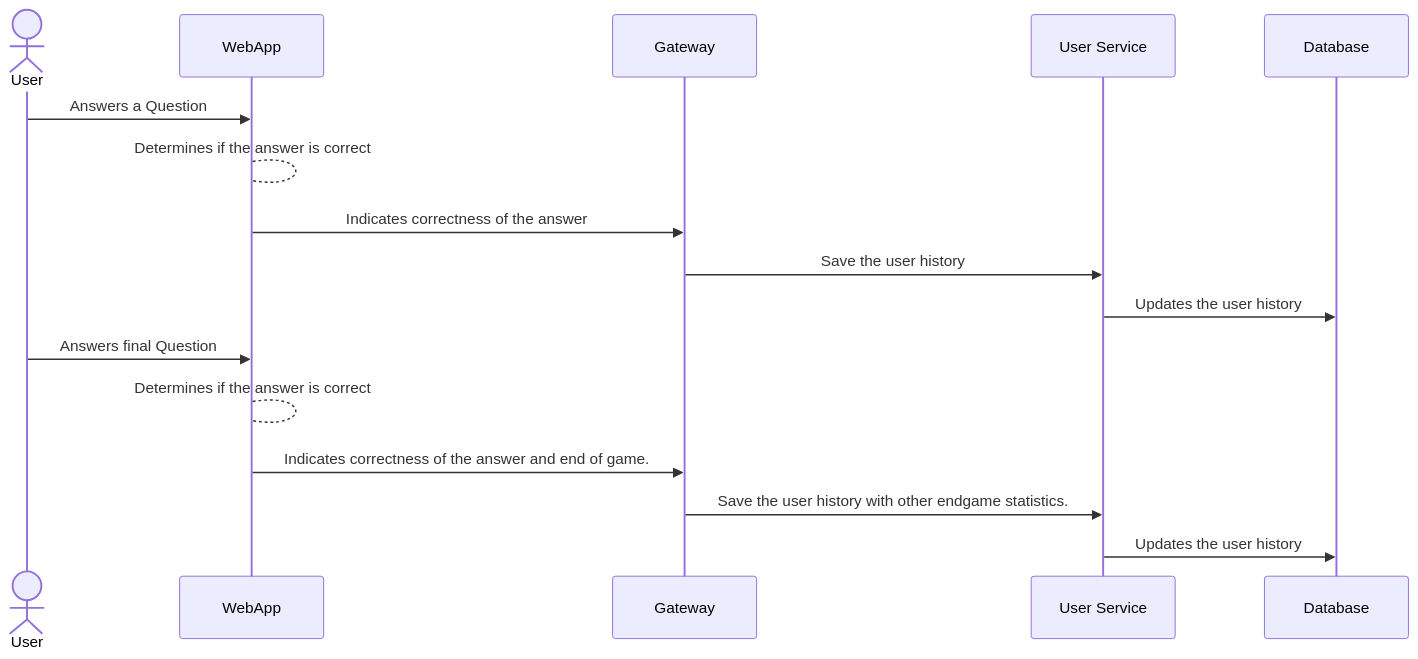
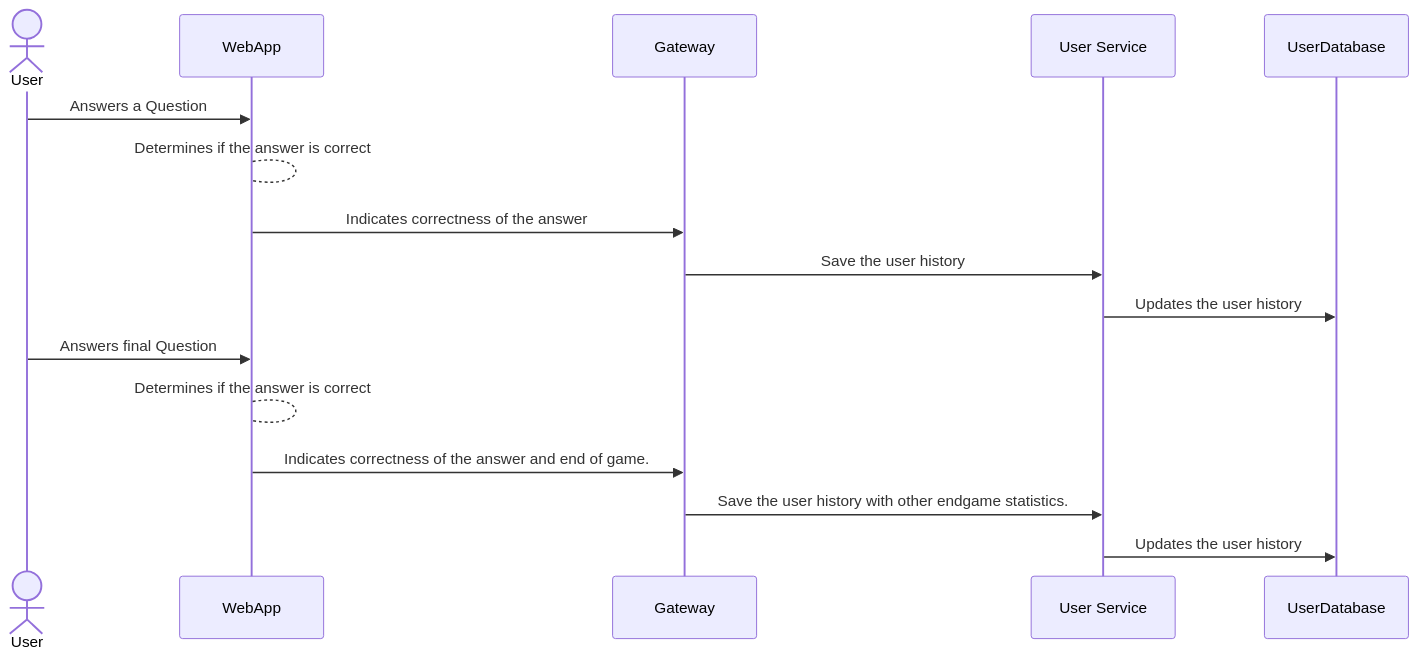
One commit to Arquisoft/wiq_en3b changed the sixth of 6 diagrams in docs/src/06_runtime_view.adoc. Above: the diagram before and after it, drawn with Mermaid. The commit also changed other lines of this file and 2 other files, not shown here.

Commit message:
Changes into ER model to avoid confusion and name consistency

```diff
--- a/docs/src/06_runtime_view.adoc
+++ b/docs/src/06_runtime_view.adoc
@@ -196,21 +196,21 @@
 [mermaid]
 ....
  sequenceDiagram
     actor U as User
     participant FE as WebApp 
     participant BE as Gateway 
     participant HS as User Service
-    participant DB as Database 
+    participant DB as UserDatabase 
 
     U->>FE: Answers a Question
     FE-->FE: Determines if the answer is correct
     FE->>BE: Indicates correctness of the answer
     BE->>HS: Save the user history
     HS->>DB: Updates the user history
 
     U->>FE: Answers final Question
     FE-->FE: Determines if the answer is correct
     FE->>BE: Indicates correctness of the answer and end of game.
     BE->>HS: Save the user history with other endgame statistics.
     HS->>DB: Updates the user history
 ....
```
